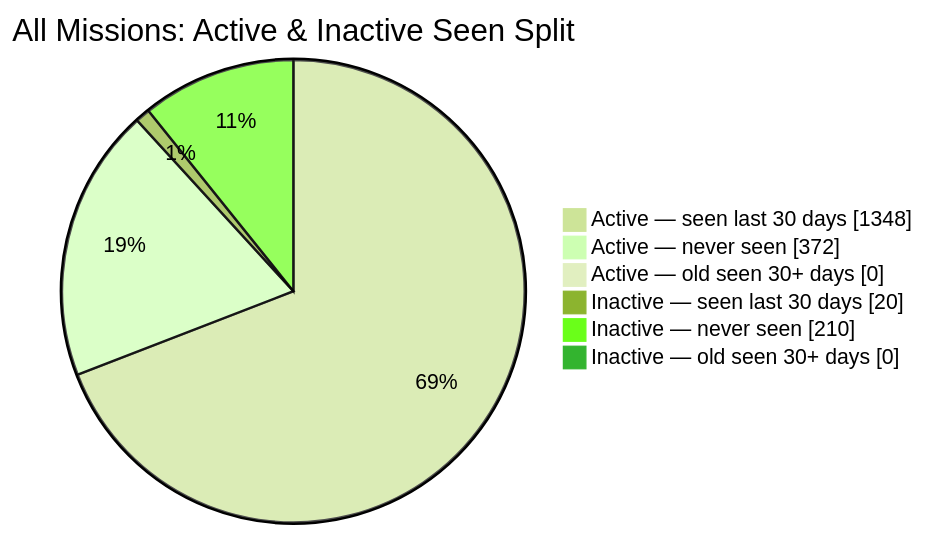
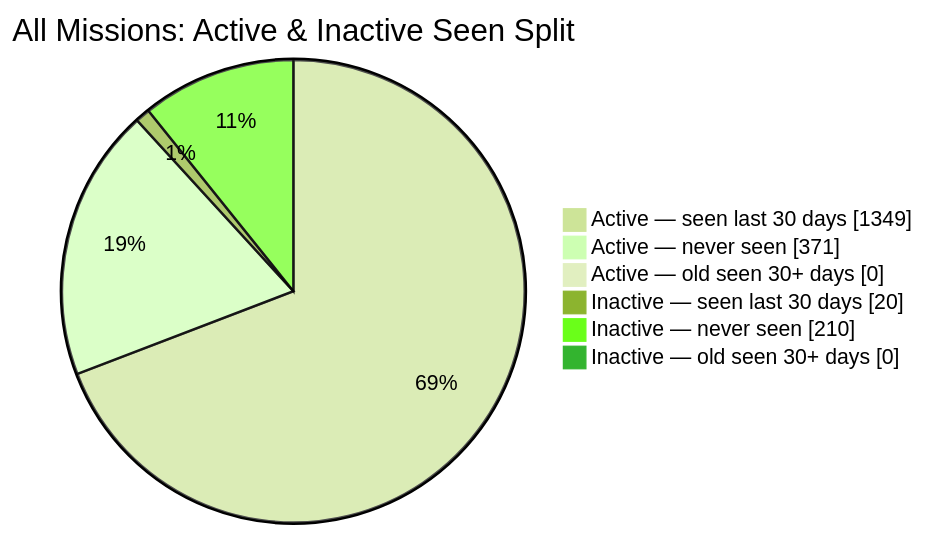
The second of 2 diagrams in README.md (MeldkamerspelGameTeam/active-missions), drawn with Mermaid (forest theme) before and after one commit. The commit also changed other lines of this file and 2 other files, not shown here.

````diff
--- a/README.md
+++ b/README.md
@@ -44,10 +44,10 @@
 ```mermaid
 pie showData
     title All Missions: Active & Inactive Seen Split
-    "Active — seen last 30 days" : 1348
-    "Active — never seen" : 372
+    "Active — seen last 30 days" : 1349
+    "Active — never seen" : 371
     "Active — old seen 30+ days" : 0
     "Inactive — seen last 30 days" : 20
     "Inactive — never seen" : 210
     "Inactive — old seen 30+ days" : 0
 ```
````
